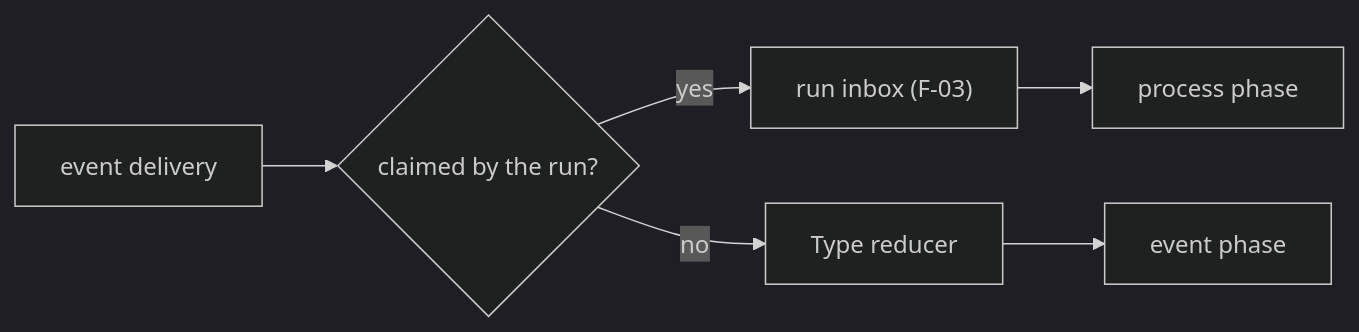
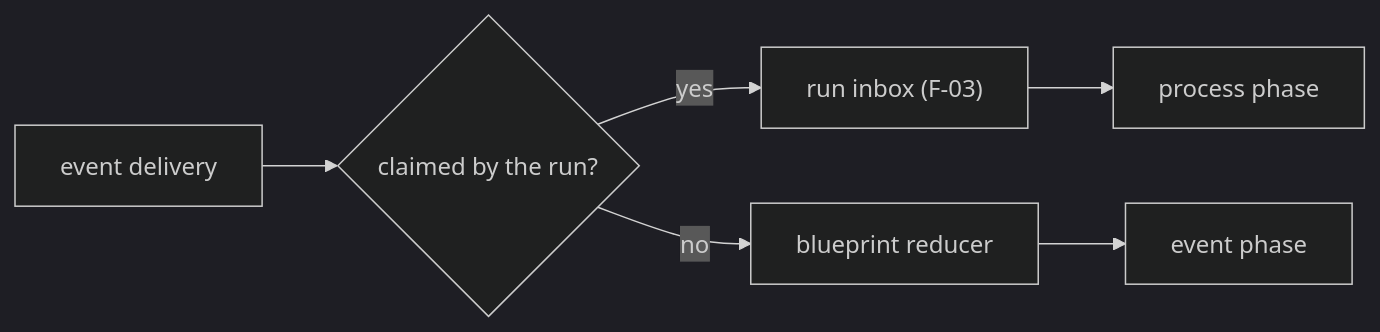
Diagram 17 of 29 in architecture/decision-diagrams.md (blockieslabs/docs), drawn with Mermaid (dark theme) before and after one commit. The commit also changed other lines of this file and 20 other files, not shown here.

First line of the commit message:
docs: rename the vocabulary to Blueprint, value type, appearance, Blockie state

````diff
--- a/architecture/decision-diagrams.md
+++ b/architecture/decision-diagrams.md
@@ -335,8 +335,8 @@
 ```mermaid
 flowchart LR
     E["event delivery"] --> Q{"claimed by the run?"}
     Q -- "yes" --> IB["run inbox (F-03)"]
-    Q -- "no" --> RD["Type reducer"]
+    Q -- "no" --> RD["blueprint reducer"]
     IB --> PP["process phase"]
     RD --> EP["event phase"]
 ```
````
